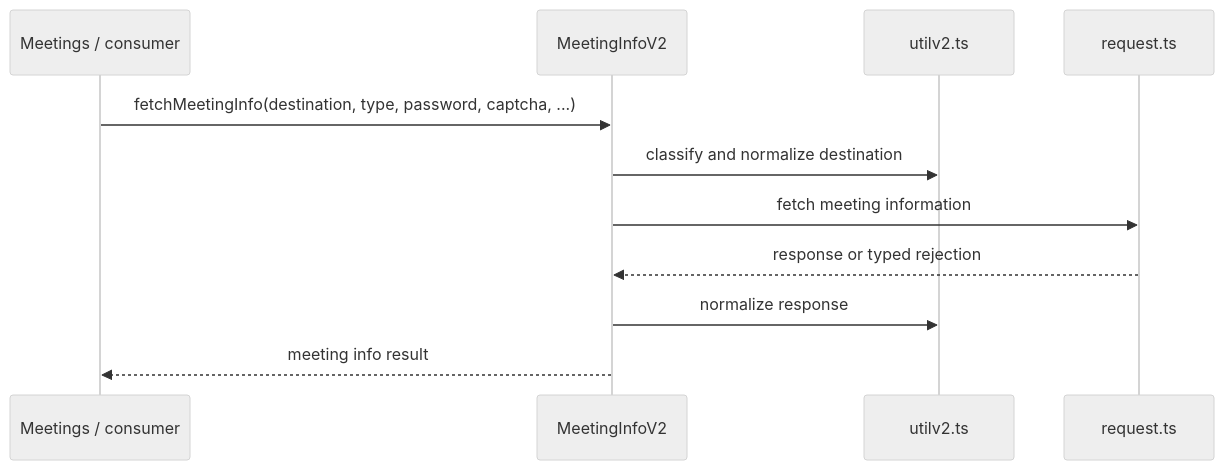
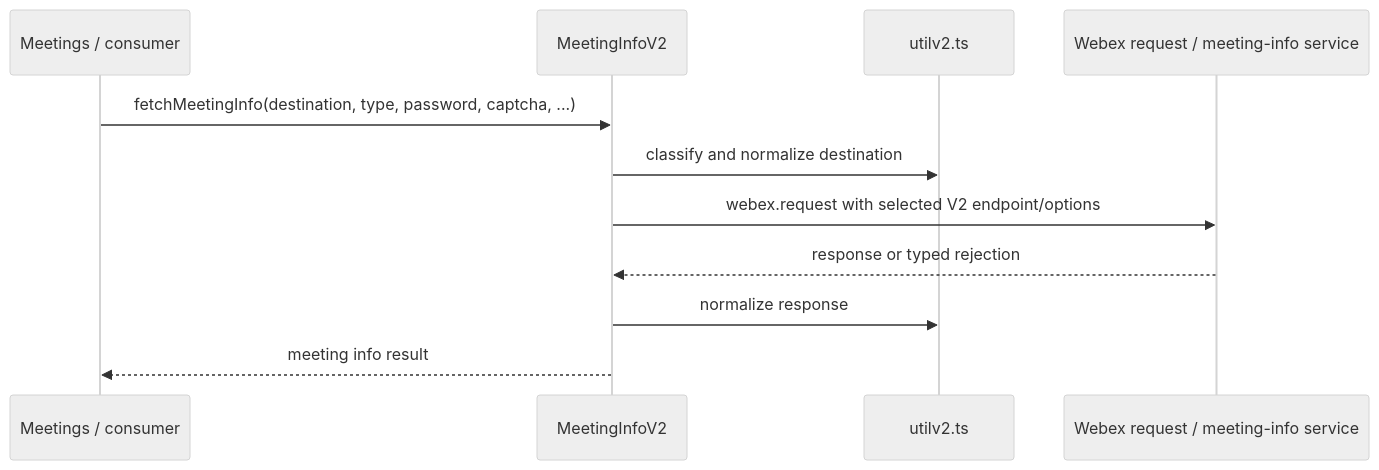
One commit to webex/webex-js-sdk changed the second of 4 diagrams in packages/@webex/plugin-meetings/src/meeting-info/ai-docs/meeting-info-spec.md. Above: the diagram before and after it, drawn with Mermaid (neutral theme). The commit also changed other lines of this file and 24 other files, not shown here.

````diff
--- a/packages/@webex/plugin-meetings/src/meeting-info/ai-docs/meeting-info-spec.md
+++ b/packages/@webex/plugin-meetings/src/meeting-info/ai-docs/meeting-info-spec.md
@@ -127,13 +147,13 @@
 ```mermaid
 sequenceDiagram
   participant C as Meetings / consumer
   participant V as MeetingInfoV2
   participant U as utilv2.ts
-  participant R as request.ts
+  participant S as Webex request / meeting-info service
   C->>V: fetchMeetingInfo(destination, type, password, captcha, ...)
   V->>U: classify and normalize destination
-  V->>R: fetch meeting information
-  R-->>V: response or typed rejection
+  V->>S: webex.request with selected V2 endpoint/options
+  S-->>V: response or typed rejection
   V->>U: normalize response
   V-->>C: meeting info result
 ```
````
